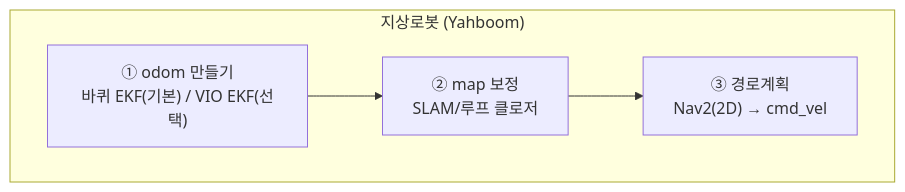
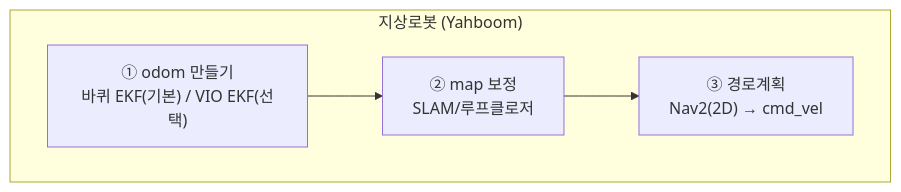
Before and after one commit to codebaragi23/ROS2-doc: the first of 8 diagrams in 5_드론 적용/00_지상로봇과_드론은_무엇이_다른가.md, drawn with Mermaid. The commit also changed other lines of this file and 18 other files, not shown here.

````diff
--- a/5_드론 적용/00_지상로봇과_드론은_무엇이_다른가.md
+++ b/5_드론 적용/00_지상로봇과_드론은_무엇이_다른가.md
@@ -66,9 +66,9 @@
 ```mermaid
 flowchart TB
     subgraph GND0["지상로봇 (Yahboom)"]
         G1["① odom 만들기
 바퀴 EKF(기본) / VIO EKF(선택)"] --> G2["② map 보정
-SLAM/루프 클로저"] --> G3["③ 경로계획
+SLAM/루프클로저"] --> G3["③ 경로계획
 Nav2(2D) → cmd_vel"]
     end
 ```
````
